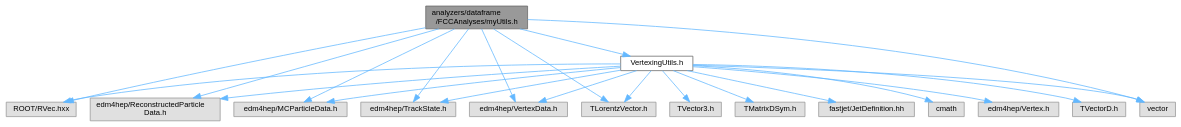
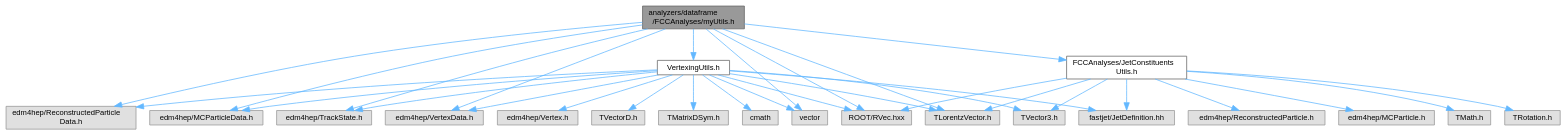
Before and after one commit to mcepeda/FCCAnalyses: the diagram in doc/latest/my_utils_8h__incl.dot, drawn with Graphviz. The commit also changed 428 other files, not shown here.

```diff
--- a/doc/latest/my_utils_8h__incl.dot
+++ b/doc/latest/my_utils_8h__incl.dot
@@ -1,43 +1,57 @@
 digraph "analyzers/dataframe/FCCAnalyses/myUtils.h"
 {
  // LATEX_PDF_SIZE
   bgcolor="transparent";
   edge [fontname=Helvetica,fontsize=10,labelfontname=Helvetica,labelfontsize=10];
   node [fontname=Helvetica,fontsize=10,shape=box,height=0.2,width=0.4];
   Node1 [id="Node000001",label="analyzers/dataframe\l/FCCAnalyses/myUtils.h",height=0.2,width=0.4,color="gray40", fillcolor="grey60", style="filled", fontcolor="black",tooltip=" "];
   Node1 -> Node2 [id="edge1_Node000001_Node000002",color="steelblue1",style="solid",tooltip=" "];
   Node2 [id="Node000002",label="ROOT/RVec.hxx",height=0.2,width=0.4,color="grey60", fillcolor="#E0E0E0", style="filled",tooltip=" "];
   Node1 -> Node3 [id="edge2_Node000001_Node000003",color="steelblue1",style="solid",tooltip=" "];
   Node3 [id="Node000003",label="edm4hep/ReconstructedParticle\lData.h",height=0.2,width=0.4,color="grey60", fillcolor="#E0E0E0", style="filled",tooltip=" "];
   Node1 -> Node4 [id="edge3_Node000001_Node000004",color="steelblue1",style="solid",tooltip=" "];
   Node4 [id="Node000004",label="edm4hep/MCParticleData.h",height=0.2,width=0.4,color="grey60", fillcolor="#E0E0E0", style="filled",tooltip=" "];
   Node1 -> Node5 [id="edge4_Node000001_Node000005",color="steelblue1",style="solid",tooltip=" "];
   Node5 [id="Node000005",label="edm4hep/TrackState.h",height=0.2,width=0.4,color="grey60", fillcolor="#E0E0E0", style="filled",tooltip=" "];
   Node1 -> Node6 [id="edge5_Node000001_Node000006",color="steelblue1",style="solid",tooltip=" "];
   Node6 [id="Node000006",label="edm4hep/VertexData.h",height=0.2,width=0.4,color="grey60", fillcolor="#E0E0E0", style="filled",tooltip=" "];
   Node1 -> Node7 [id="edge6_Node000001_Node000007",color="steelblue1",style="solid",tooltip=" "];
   Node7 [id="Node000007",label="TLorentzVector.h",height=0.2,width=0.4,color="grey60", fillcolor="#E0E0E0", style="filled",tooltip=" "];
   Node1 -> Node8 [id="edge7_Node000001_Node000008",color="steelblue1",style="solid",tooltip=" "];
   Node8 [id="Node000008",label="VertexingUtils.h",height=0.2,width=0.4,color="grey40", fillcolor="white", style="filled",URL="$_vertexing_utils_8h.html",tooltip=" "];
   Node8 -> Node9 [id="edge8_Node000008_Node000009",color="steelblue1",style="solid",tooltip=" "];
   Node9 [id="Node000009",label="cmath",height=0.2,width=0.4,color="grey60", fillcolor="#E0E0E0", style="filled",tooltip=" "];
   Node8 -> Node10 [id="edge9_Node000008_Node000010",color="steelblue1",style="solid",tooltip=" "];
   Node10 [id="Node000010",label="vector",height=0.2,width=0.4,color="grey60", fillcolor="#E0E0E0", style="filled",tooltip=" "];
   Node8 -> Node2 [id="edge10_Node000008_Node000002",color="steelblue1",style="solid",tooltip=" "];
   Node8 -> Node3 [id="edge11_Node000008_Node000003",color="steelblue1",style="solid",tooltip=" "];
   Node8 -> Node4 [id="edge12_Node000008_Node000004",color="steelblue1",style="solid",tooltip=" "];
   Node8 -> Node5 [id="edge13_Node000008_Node000005",color="steelblue1",style="solid",tooltip=" "];
   Node8 -> Node6 [id="edge14_Node000008_Node000006",color="steelblue1",style="solid",tooltip=" "];
   Node8 -> Node11 [id="edge15_Node000008_Node000011",color="steelblue1",style="solid",tooltip=" "];
   Node11 [id="Node000011",label="edm4hep/Vertex.h",height=0.2,width=0.4,color="grey60", fillcolor="#E0E0E0", style="filled",tooltip=" "];
   Node8 -> Node7 [id="edge16_Node000008_Node000007",color="steelblue1",style="solid",tooltip=" "];
   Node8 -> Node12 [id="edge17_Node000008_Node000012",color="steelblue1",style="solid",tooltip=" "];
   Node12 [id="Node000012",label="TVectorD.h",height=0.2,width=0.4,color="grey60", fillcolor="#E0E0E0", style="filled",tooltip=" "];
   Node8 -> Node13 [id="edge18_Node000008_Node000013",color="steelblue1",style="solid",tooltip=" "];
   Node13 [id="Node000013",label="TVector3.h",height=0.2,width=0.4,color="grey60", fillcolor="#E0E0E0", style="filled",tooltip=" "];
   Node8 -> Node14 [id="edge19_Node000008_Node000014",color="steelblue1",style="solid",tooltip=" "];
   Node14 [id="Node000014",label="TMatrixDSym.h",height=0.2,width=0.4,color="grey60", fillcolor="#E0E0E0", style="filled",tooltip=" "];
   Node8 -> Node15 [id="edge20_Node000008_Node000015",color="steelblue1",style="solid",tooltip=" "];
   Node15 [id="Node000015",label="fastjet/JetDefinition.hh",height=0.2,width=0.4,color="grey60", fillcolor="#E0E0E0", style="filled",tooltip=" "];
-  Node1 -> Node10 [id="edge21_Node000001_Node000010",color="steelblue1",style="solid",tooltip=" "];
+  Node1 -> Node16 [id="edge21_Node000001_Node000016",color="steelblue1",style="solid",tooltip=" "];
+  Node16 [id="Node000016",label="FCCAnalyses/JetConstituents\lUtils.h",height=0.2,width=0.4,color="grey40", fillcolor="white", style="filled",URL="$_jet_constituents_utils_8h.html",tooltip=" "];
+  Node16 -> Node2 [id="edge22_Node000016_Node000002",color="steelblue1",style="solid",tooltip=" "];
+  Node16 -> Node17 [id="edge23_Node000016_Node000017",color="steelblue1",style="solid",tooltip=" "];
+  Node17 [id="Node000017",label="edm4hep/ReconstructedParticle.h",height=0.2,width=0.4,color="grey60", fillcolor="#E0E0E0", style="filled",tooltip=" "];
+  Node16 -> Node18 [id="edge24_Node000016_Node000018",color="steelblue1",style="solid",tooltip=" "];
+  Node18 [id="Node000018",label="edm4hep/MCParticle.h",height=0.2,width=0.4,color="grey60", fillcolor="#E0E0E0", style="filled",tooltip=" "];
+  Node16 -> Node15 [id="edge25_Node000016_Node000015",color="steelblue1",style="solid",tooltip=" "];
+  Node16 -> Node19 [id="edge26_Node000016_Node000019",color="steelblue1",style="solid",tooltip=" "];
+  Node19 [id="Node000019",label="TMath.h",height=0.2,width=0.4,color="grey60", fillcolor="#E0E0E0", style="filled",tooltip=" "];
+  Node16 -> Node13 [id="edge27_Node000016_Node000013",color="steelblue1",style="solid",tooltip=" "];
+  Node16 -> Node20 [id="edge28_Node000016_Node000020",color="steelblue1",style="solid",tooltip=" "];
+  Node20 [id="Node000020",label="TRotation.h",height=0.2,width=0.4,color="grey60", fillcolor="#E0E0E0", style="filled",tooltip=" "];
+  Node16 -> Node7 [id="edge29_Node000016_Node000007",color="steelblue1",style="solid",tooltip=" "];
+  Node1 -> Node10 [id="edge30_Node000001_Node000010",color="steelblue1",style="solid",tooltip=" "];
 }
```
